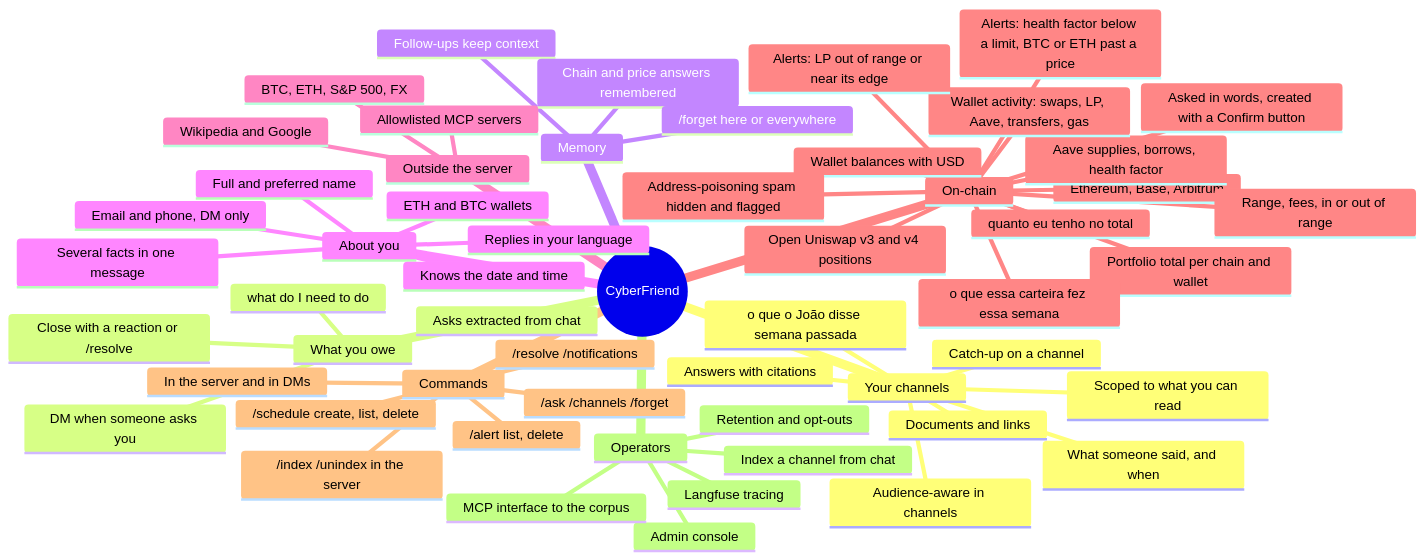
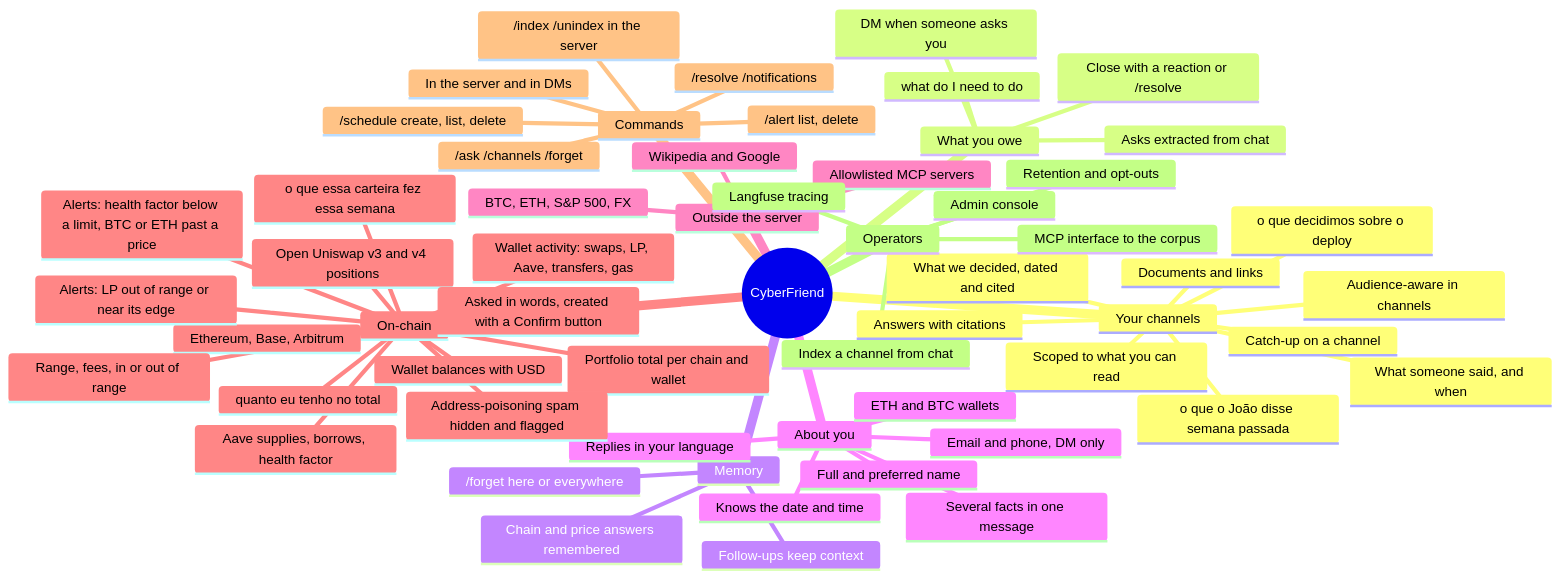
One commit to CyberdyneCorp/CyberFriend changed the first of 4 diagrams in README.md. Above: the diagram before and after it, drawn with Mermaid. The commit also changed other lines of this file and 26 other files, not shown here.

````diff
--- a/README.md
+++ b/README.md
@@ -42,59 +43,61 @@
 ```mermaid
 mindmap
   root((CyberFriend))
     Your channels
       Answers with citations
       Scoped to what you can read
       Audience-aware in channels
       Documents and links
       Catch-up on a channel
       What someone said, and when
       o que o João disse semana passada
+      What we decided, dated and cited
+      o que decidimos sobre o deploy
     What you owe
       Asks extracted from chat
       what do I need to do
       Close with a reaction or /resolve
       DM when someone asks you
     Memory
       Follow-ups keep context
       Chain and price answers remembered
       /forget here or everywhere
     About you
       Full and preferred name
       Email and phone, DM only
       ETH and BTC wallets
       Several facts in one message
       Replies in your language
       Knows the date and time
     Outside the server
       Wikipedia and Google
       Allowlisted MCP servers
       BTC, ETH, S&P 500, FX
     On-chain
       Ethereum, Base, Arbitrum
       Wallet balances with USD
       Open Uniswap v3 and v4 positions
       Range, fees, in or out of range
       Aave supplies, borrows, health factor
       Portfolio total per chain and wallet
       quanto eu tenho no total
       Wallet activity: swaps, LP, Aave, transfers, gas
       o que essa carteira fez essa semana
       Address-poisoning spam hidden and flagged
       Alerts: LP out of range or near its edge
       Alerts: health factor below a limit, BTC or ETH past a price
       Asked in words, created with a Confirm button
     Commands
       /ask /channels /forget
       /resolve /notifications
       /schedule create, list, delete
       /alert list, delete
       In the server and in DMs
       /index /unindex in the server
     Operators
       Index a channel from chat
       Admin console
       MCP interface to the corpus
       Langfuse tracing
       Retention and opt-outs
 ```
````
